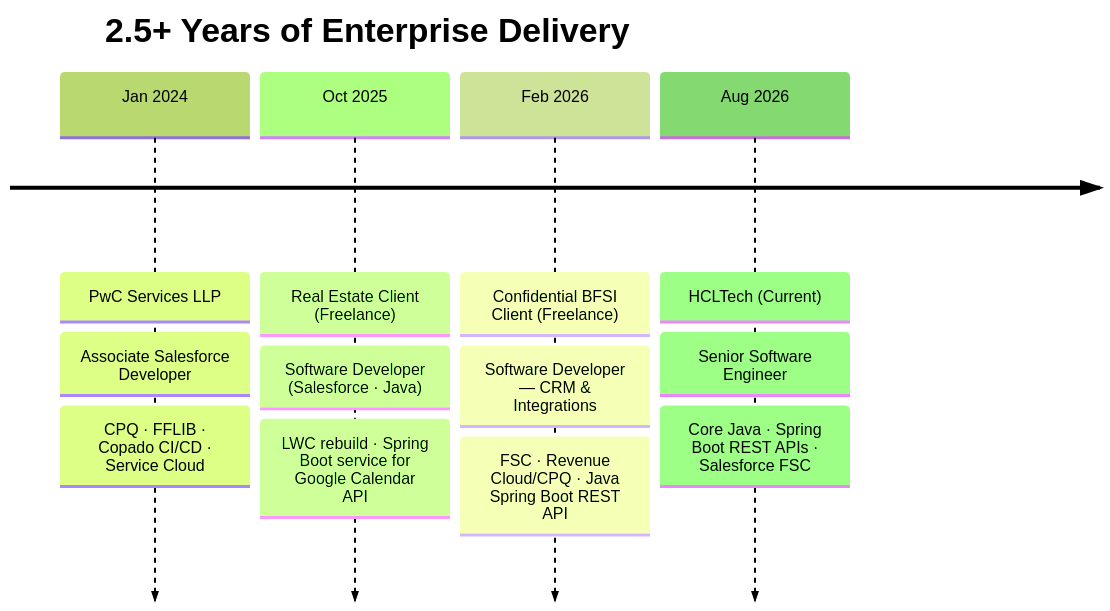
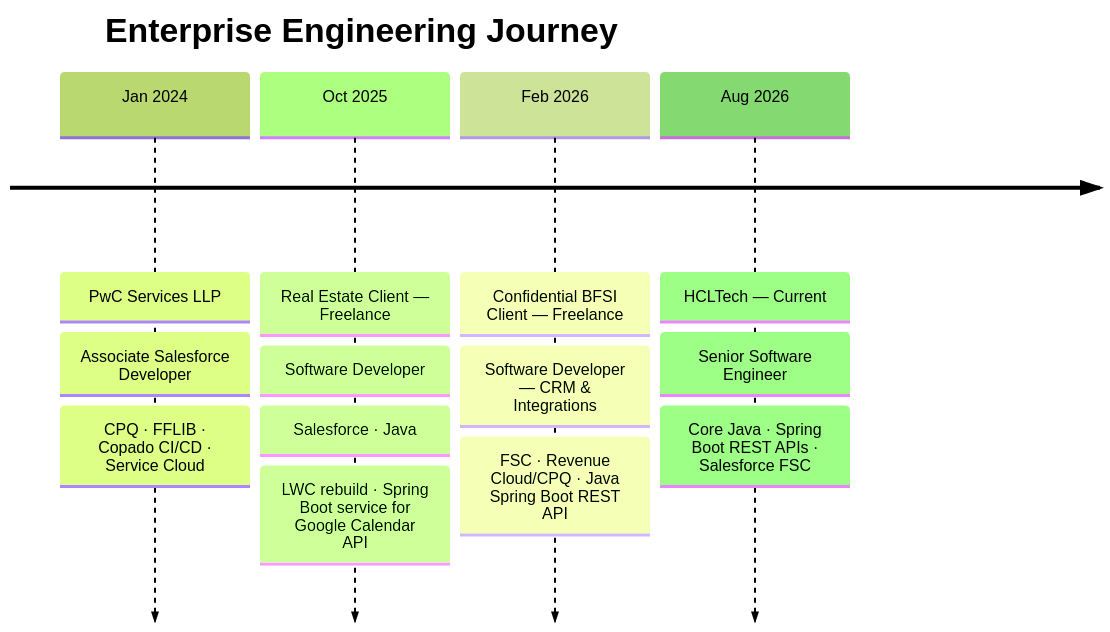
Before and after one commit to aditya17-09/aditya17-09: the first of 2 diagrams in README.md, drawn with Mermaid (forest theme). The commit also changed other lines of this file, not shown here.

````diff
--- a/README.md
+++ b/README.md
@@ -272,16 +148,21 @@
 ```mermaid
 timeline
-    title 2.5+ Years of Enterprise Delivery
+    title Enterprise Engineering Journey
+
     Jan 2024 : PwC Services LLP
              : Associate Salesforce Developer
              : CPQ · FFLIB · Copado CI/CD · Service Cloud
-    Oct 2025 : Real Estate Client (Freelance)
-             : Software Developer (Salesforce · Java)
+
+    Oct 2025 : Real Estate Client — Freelance
+             : Software Developer
+             : Salesforce · Java
              : LWC rebuild · Spring Boot service for Google Calendar API
-    Feb 2026 : Confidential BFSI Client (Freelance)
+
+    Feb 2026 : Confidential BFSI Client — Freelance
              : Software Developer — CRM & Integrations
              : FSC · Revenue Cloud/CPQ · Java Spring Boot REST API
-    Aug 2026 : HCLTech (Current)
+
+    Aug 2026 : HCLTech — Current
              : Senior Software Engineer
              : Core Java · Spring Boot REST APIs · Salesforce FSC
 ```
````
